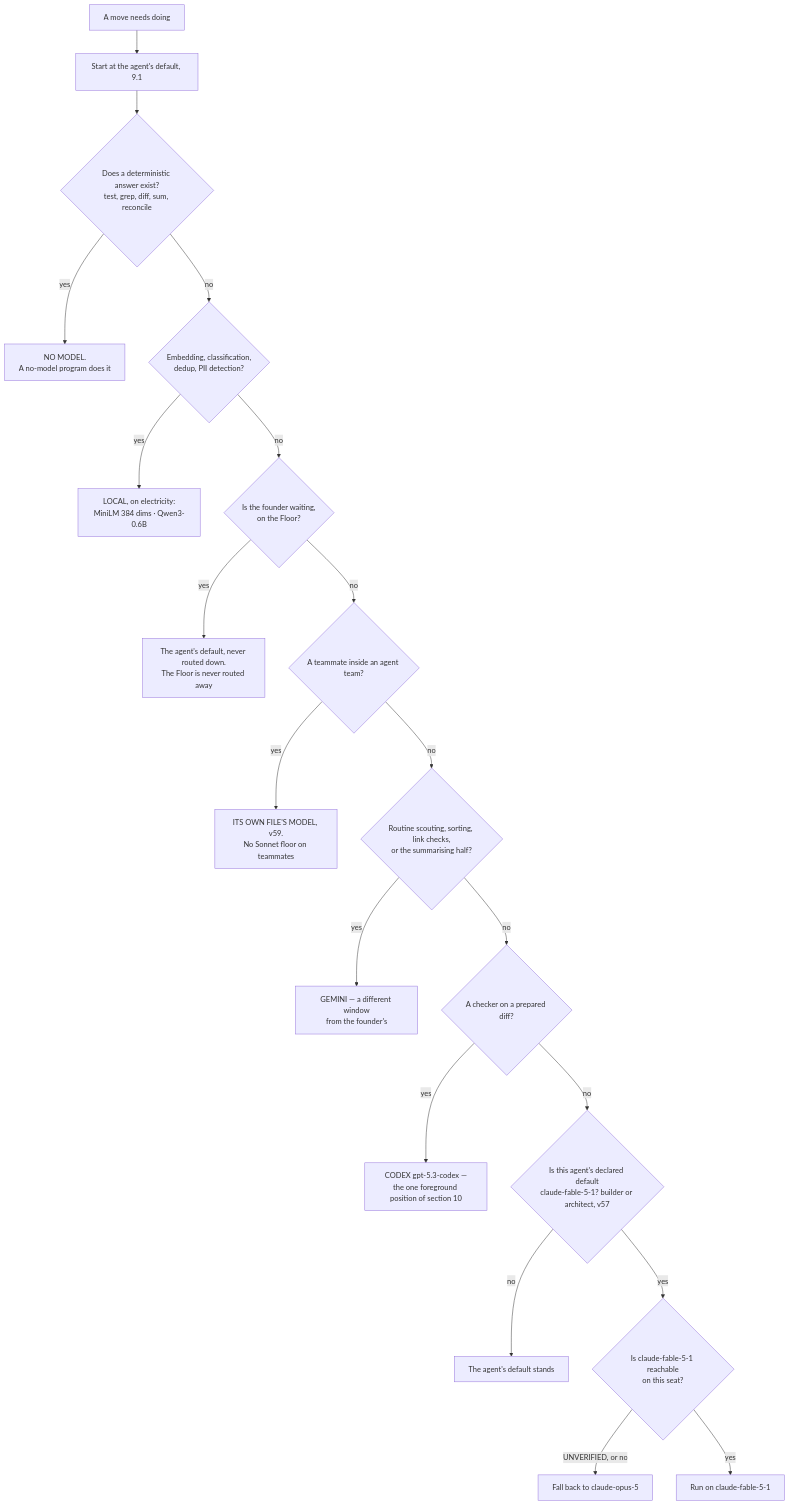
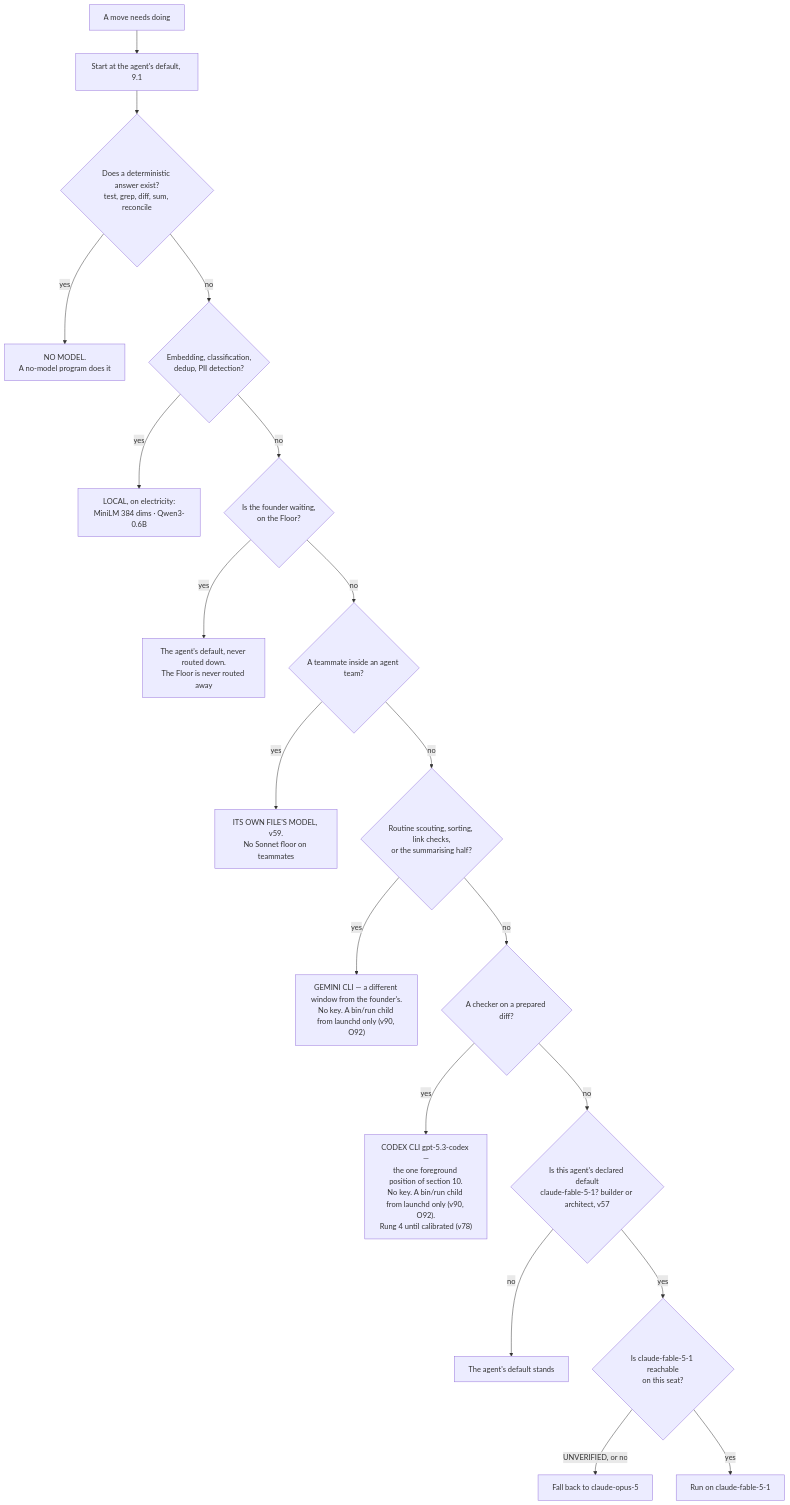
The first of 2 diagrams in docs/03-system-design/final-v2/parts/09-models.md (Adam077K/agentvibe), drawn with Mermaid before and after one commit. The commit also changed other lines of this file and 3 other files, not shown here.

````diff
--- a/docs/03-system-design/final-v2/parts/09-models.md
+++ b/docs/03-system-design/final-v2/parts/09-models.md
@@ -124,21 +126,21 @@
 ```mermaid
 flowchart TD
     M["A move needs doing"] --> DEF["Start at the agent's default, 9.1"]
     DEF --> Q0{"Does a deterministic answer exist?<br/>test, grep, diff, sum, reconcile"}
     Q0 -->|"yes"| ZERO["NO MODEL.<br/>A no-model program does it"]
     Q0 -->|"no"| Q1{"Embedding, classification,<br/>dedup, PII detection?"}
     Q1 -->|"yes"| LOC["LOCAL, on electricity:<br/>MiniLM 384 dims · Qwen3-0.6B"]
     Q1 -->|"no"| Q2{"Is the founder waiting,<br/>on the Floor?"}
     Q2 -->|"yes"| TOP["The agent's default, never routed down.<br/>The Floor is never routed away"]
     Q2 -->|"no"| Q3{"A teammate inside an agent team?"}
     Q3 -->|"yes"| SON["ITS OWN FILE'S MODEL, v59.<br/>No Sonnet floor on teammates"]
     Q3 -->|"no"| Q4{"Routine scouting, sorting, link checks,<br/>or the summarising half?"}
-    Q4 -->|"yes"| GEM["GEMINI — a different window<br/>from the founder's"]
+    Q4 -->|"yes"| GEM["GEMINI CLI — a different window from the founder's.<br/>No key. A bin/run child from launchd only (v90, O92)"]
     Q4 -->|"no"| Q5{"A checker on a prepared diff?"}
-    Q5 -->|"yes"| CDX["CODEX gpt-5.3-codex —<br/>the one foreground position of section 10"]
+    Q5 -->|"yes"| CDX["CODEX CLI gpt-5.3-codex —<br/>the one foreground position of section 10.<br/>No key. A bin/run child from launchd only (v90, O92).<br/>Rung 4 until calibrated (v78)"]
     Q5 -->|"no"| Q6{"Is this agent's declared default<br/>claude-fable-5-1? builder or architect, v57"}
     Q6 -->|"no"| OUT["The agent's default stands"]
     Q6 -->|"yes"| FAB{"Is claude-fable-5-1 reachable<br/>on this seat?"}
     FAB -->|"UNVERIFIED, or no"| FALL["Fall back to claude-opus-5"]
     FAB -->|"yes"| ESC["Run on claude-fable-5-1"]
 ```
````
